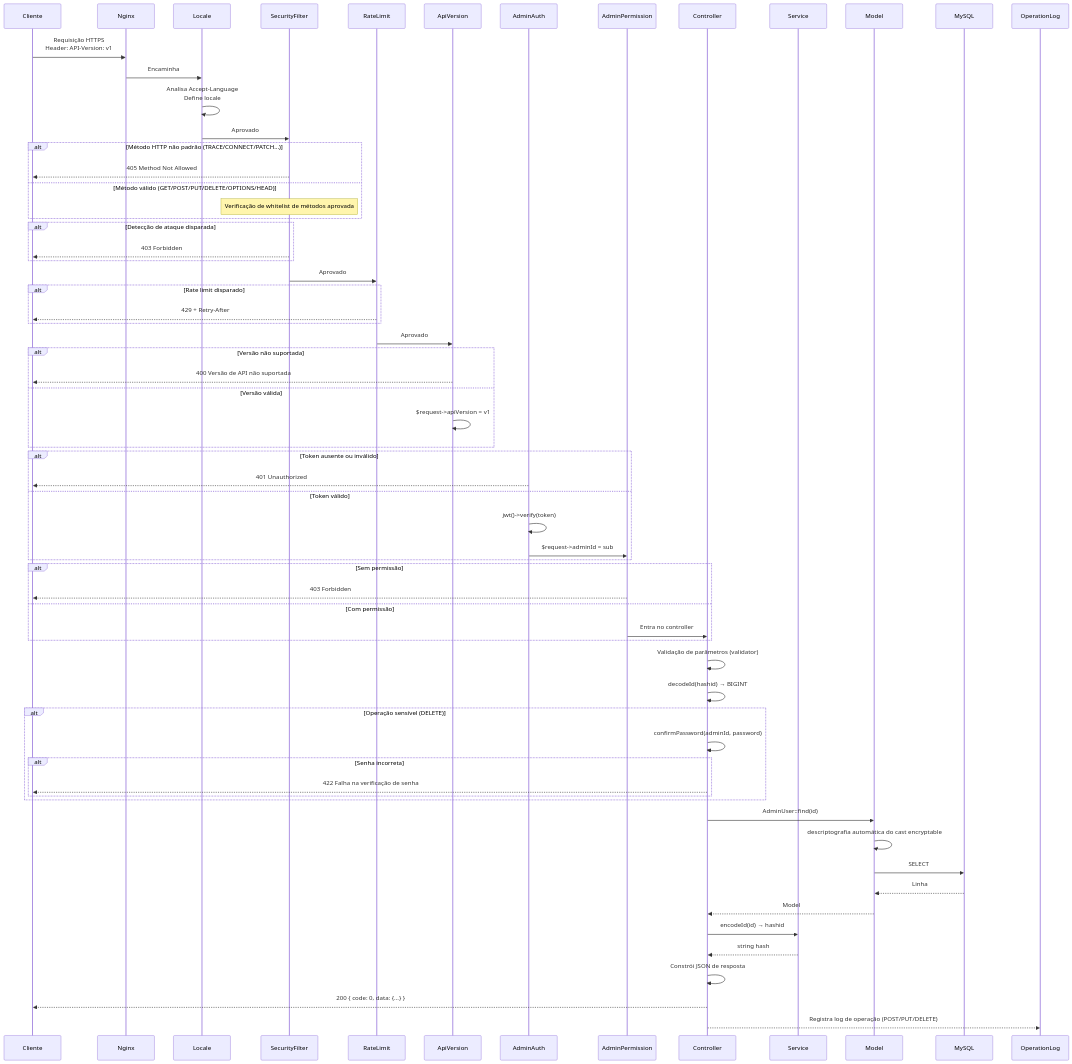
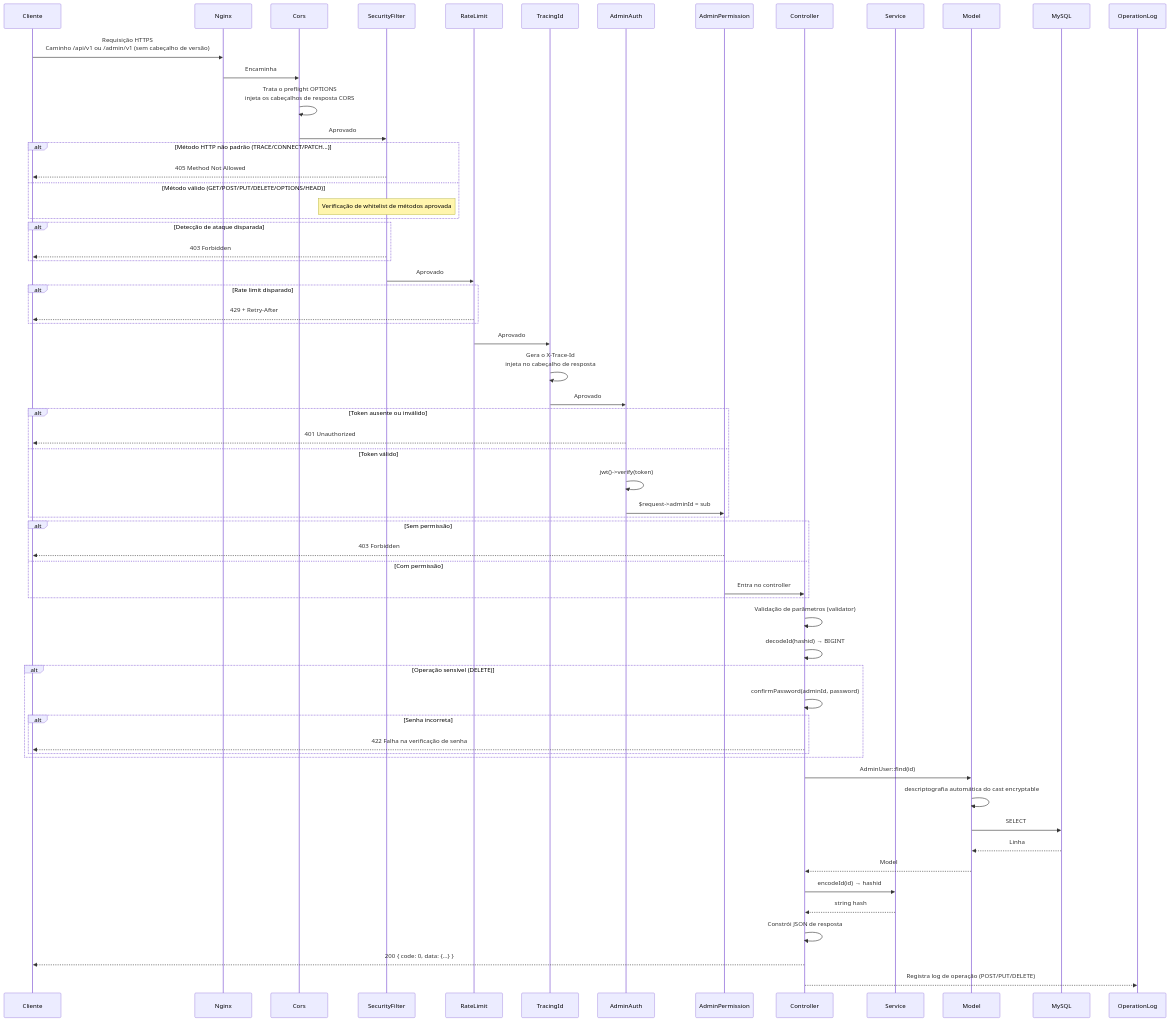
The third of 20 diagrams in docs/i18n/pt/ARCHITECTURE.md (erikwang2013/erp-php), drawn with Mermaid before and after one commit. The commit also changed other lines of this file and 325 other files, not shown here.

````diff
--- a/docs/i18n/pt/ARCHITECTURE.md
+++ b/docs/i18n/pt/ARCHITECTURE.md
@@ -157,81 +180,77 @@
 ```mermaid
 sequenceDiagram
     participant C as Cliente
     participant N as Nginx
-    participant MW_LOC as Locale
+    participant MW_CR as Cors
     participant MW_SF as SecurityFilter
     participant MW_RL as RateLimit
-    participant MW0 as ApiVersion
+    participant MW_TID as TracingId
     participant MW1 as AdminAuth
     participant MW2 as AdminPermission
     participant CTL as Controller
     participant SVC as Service
     participant MDL as Model
     participant DB as MySQL
     participant OPLOG as OperationLog
 
-    C->>N: Requisição HTTPS<br/>Header: API-Version: v1
-    N->>MW_LOC: Encaminha
-    MW_LOC->>MW_LOC: Analisa Accept-Language<br/>Define locale
-    MW_LOC->>MW_SF: Aprovado
+    C->>N: Requisição HTTPS<br/>Caminho /api/v1 ou /admin/v1 (sem cabeçalho de versão)
+    N->>MW_CR: Encaminha
+    MW_CR->>MW_CR: Trata o preflight OPTIONS<br/>injeta os cabeçalhos de resposta CORS
+    MW_CR->>MW_SF: Aprovado
 
     alt Método HTTP não padrão (TRACE/CONNECT/PATCH...)
         MW_SF-->>C: 405 Method Not Allowed
     else Método válido (GET/POST/PUT/DELETE/OPTIONS/HEAD)
         Note over MW_SF: Verificação de whitelist de métodos aprovada
     end
 
     alt Detecção de ataque disparada
         MW_SF-->>C: 403 Forbidden
     end
 
     MW_SF->>MW_RL: Aprovado
 
     alt Rate limit disparado
         MW_RL-->>C: 429 + Retry-After
     end
 
-    MW_RL->>MW0: Aprovado
-
-    alt Versão não suportada
-        MW0-->>C: 400 Versão de API não suportada
-    else Versão válida
-        MW0->>MW0: $request->apiVersion = v1
-    end
+    MW_RL->>MW_TID: Aprovado
+    MW_TID->>MW_TID: Gera o X-Trace-Id<br/>injeta no cabeçalho de resposta
+    MW_TID->>MW1: Aprovado
 
     alt Token ausente ou inválido
         MW1-->>C: 401 Unauthorized
     else Token válido
         MW1->>MW1: jwt()->verify(token)
         MW1->>MW2: $request->adminId = sub
     end
 
     alt Sem permissão
         MW2-->>C: 403 Forbidden
     else Com permissão
         MW2->>CTL: Entra no controller
     end
 
     CTL->>CTL: Validação de parâmetros (validator)
     CTL->>CTL: decodeId(hashid) → BIGINT
 
     alt Operação sensível (DELETE)
         CTL->>CTL: confirmPassword(adminId, password)
         alt Senha incorreta
             CTL-->>C: 422 Falha na verificação de senha
         end
     end
 
     CTL->>MDL: AdminUser::find(id)
     MDL->>MDL: descriptografia automática do cast encryptable
     MDL->>DB: SELECT
     DB-->>MDL: Linha
     MDL-->>CTL: Model
 
     CTL->>SVC: encodeId(id) → hashid
     SVC-->>CTL: string hash
 
     CTL->>CTL: Constrói JSON de resposta
     CTL-->>C: 200 { code: 0, data: {...} }
     CTL-->>OPLOG: Registra log de operação (POST/PUT/DELETE)
 ```
````
